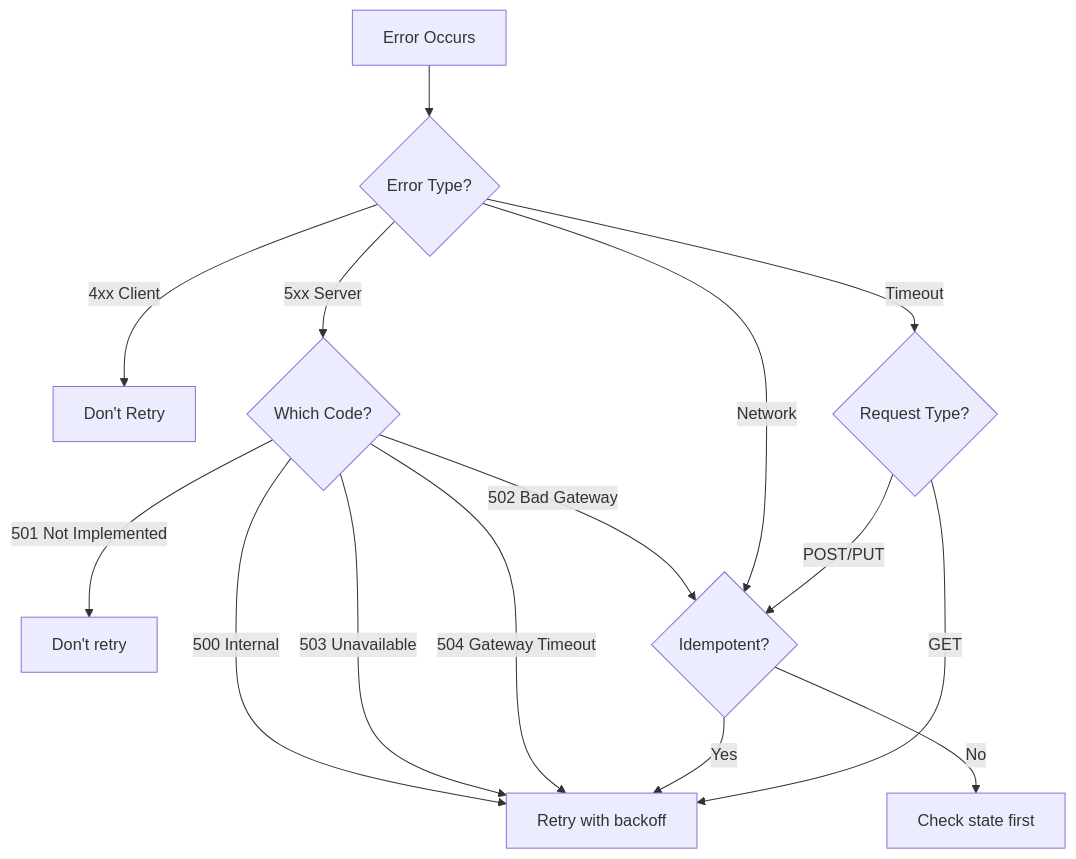
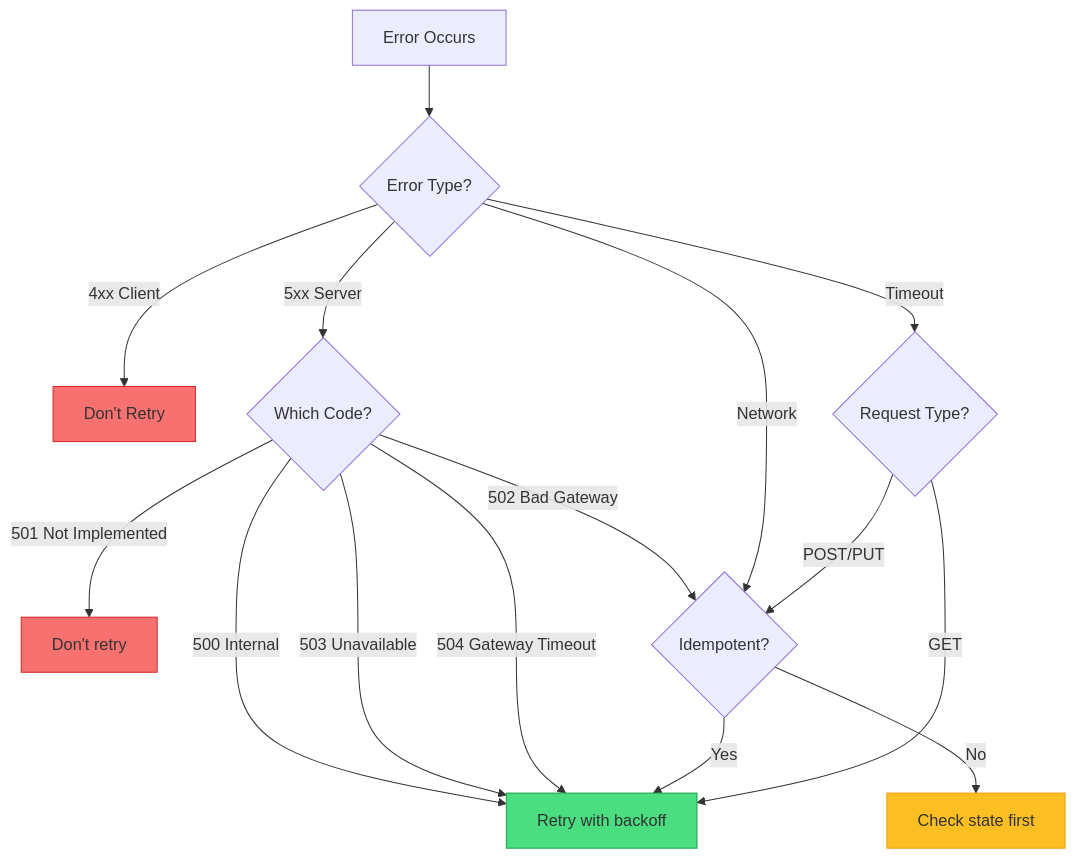
One commit to deepaucksharma/DStudio changed the fourth of 5 diagrams in docs/pattern-library/resilience/retry-backoff.md. Above: the diagram before and after it, drawn with Mermaid. The commit also changed other lines of this file and 119 other files, not shown here.

````diff
--- a/docs/pattern-library/resilience/retry-backoff.md
+++ b/docs/pattern-library/resilience/retry-backoff.md
@@ -168,17 +230,22 @@
 ```mermaid
 graph TD
     A[Error Occurs] --> B{Error Type?}
     B -->|4xx Client| C[Don't Retry]
     B -->|5xx Server| D{Which Code?}
     D -->|500 Internal| E[Retry with backoff]
     D -->|503 Unavailable| E
     D -->|504 Gateway Timeout| E
     D -->|501 Not Implemented| F[Don't retry]
     D -->|502 Bad Gateway| G{Idempotent?}
     B -->|Network| G
     G -->|Yes| E
     G -->|No| H[Check state first]
     B -->|Timeout| I{Request Type?}
     I -->|GET| E
     I -->|POST/PUT| G
+    
+    style C fill:#f87171,stroke:#dc2626
+    style E fill:#4ade80,stroke:#16a34a
+    style F fill:#f87171,stroke:#dc2626
+    style H fill:#fbbf24,stroke:#f59e0b
 ```
````
